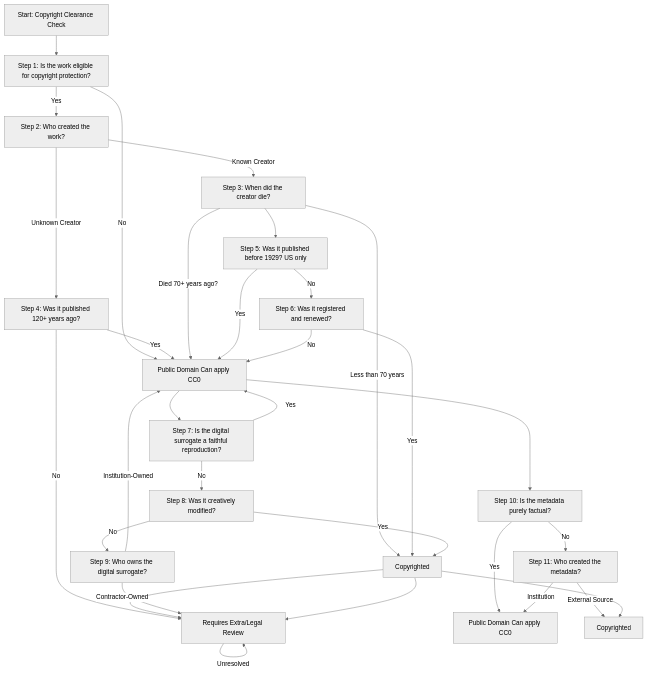
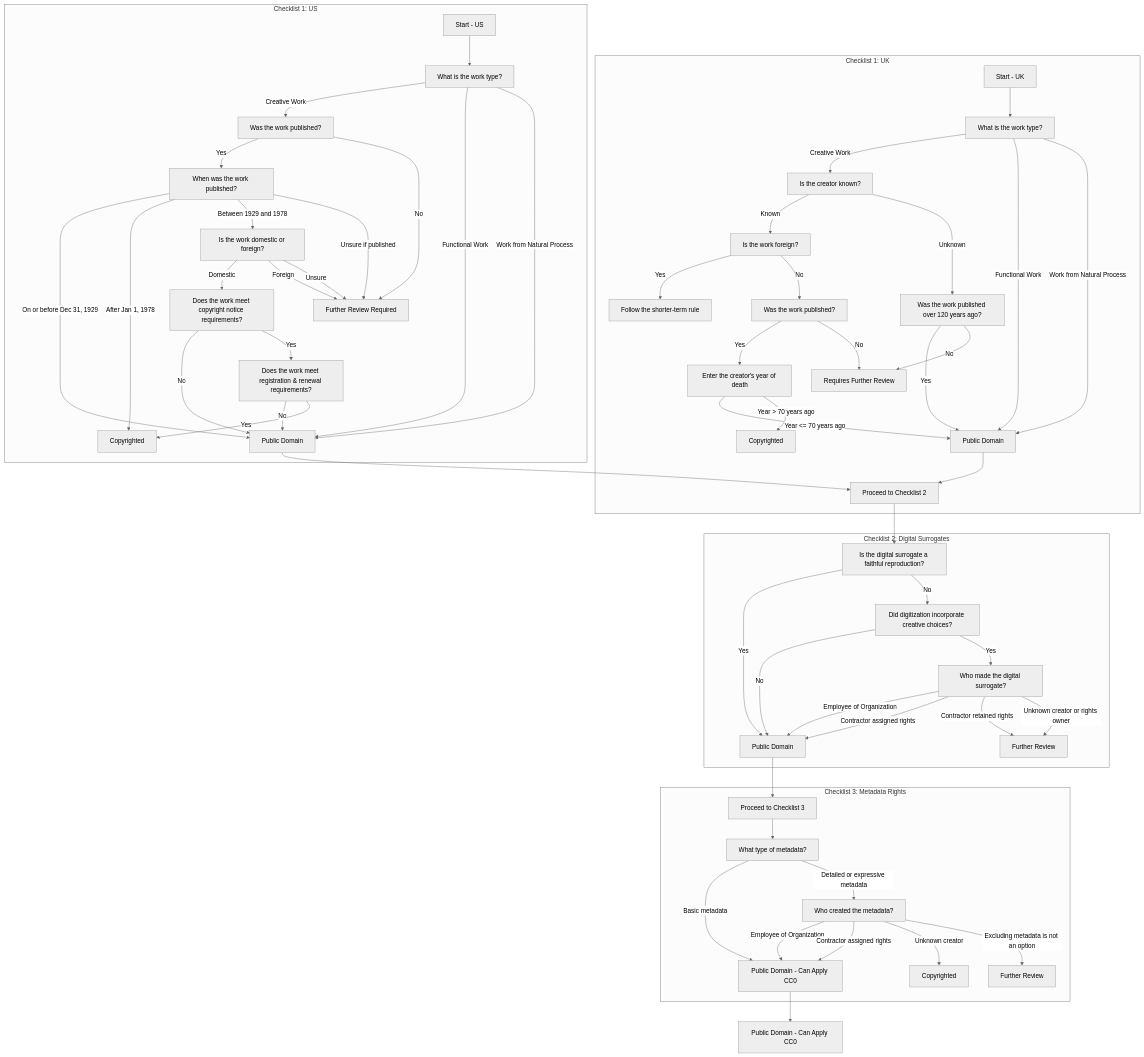
The diagram in glamLabChart.md (AlDanah-QM/copyrightTool), drawn with Mermaid (neutral theme) before and after one commit.

````diff
--- a/glamLabChart.md
+++ b/glamLabChart.md
@@ -3,49 +3,88 @@
 ```mermaid
 graph TD;
-    A[Start: Copyright Clearance Check] --> B[Step 1: Is the work eligible for copyright protection?]
-    B -->|No| PD[Public Domain Can apply CC0]
-    B -->|Yes| C[Step 2: Who created the work?]
 
-    C -->|Known Creator| D[Step 3: When did the creator die?]
-    C -->|Unknown Creator| E[Step 4: Was it published 120+ years ago?]
-    
-    E -->|Yes| PD
-    E -->|No| LegalReview[Requires Extra/Legal Review]
+    %% UK Checklist 1
+    subgraph Checklist 1: UK
+        A_UK[Start - UK] --> B_UK[What is the work type?]
+        B_UK -->|Creative Work| C_UK[Is the creator known?]
+        B_UK -->|Functional Work| PD1_UK[Public Domain]
+        B_UK -->|Work from Natural Process| PD1_UK
 
-    D -->|Died 70+ years ago?| PD
-    D -->|Less than 70 years| CR[Copyrighted]
+        C_UK -->|Known| D_UK[Is the work foreign?]
+        C_UK -->|Unknown| E_UK[Was the work published over 120 years ago?]
 
-    D --> F[Step 5: Was it published before 1929? US only]
-    F -->|Yes| PD
-    F -->|No| G[Step 6: Was it registered and renewed?]
-    
-    G -->|No| PD
-    G -->|Yes| CR
+        D_UK -->|Yes| F_UK[Follow the shorter-term rule]
+        D_UK -->|No| G_UK[Was the work published?]
 
-    %% Digital Surrogate Check
-    PD --> H[Step 7: Is the digital surrogate a faithful reproduction?]
-    CR --> LegalReview
+        E_UK -->|Yes| PD1_UK
+        E_UK -->|No| HR1_UK[Requires Further Review]
 
-    H -->|Yes| PD
-    H -->|No| I[Step 8: Was it creatively modified?]
+        G_UK -->|Yes| H_UK[Enter the creator's year of death]
+        G_UK -->|No| HR1_UK
 
-    I -->|Yes| CR
-    I -->|No| J[Step 9: Who owns the digital surrogate?]
+        H_UK -->|Year <= 70 years ago| PD1_UK
+        H_UK -->|Year > 70 years ago| CR1_UK[Copyrighted]
 
-    J -->|Institution-Owned| PD
-    J -->|Contractor-Owned| LegalReview
+        %% Checklist 1 Results (UK)
+        PD1_UK --> PD_C1[Proceed to Checklist 2]
+    end
 
-    %% Metadata Check
-    PD --> K[Step 10: Is the metadata purely factual?]
-    CR --> LegalReview
+    %% US Checklist 1
+    subgraph Checklist 1: US
+        A_US[Start - US] --> B_US[What is the work type?]
+        B_US -->|Creative Work| C_US[Was the work published?]
+        B_US -->|Functional Work| PD1_US[Public Domain]
+        B_US -->|Work from Natural Process| PD1_US
 
-    K -->|Yes| PD_Final[Public Domain Can apply CC0]
-    K -->|No| M[Step 11: Who created the metadata?]
+        C_US -->|Yes| D_US[When was the work published?]
+        C_US -->|No| HR1_US[Further Review Required]
 
-    M -->|Institution| PD_Final
-    M -->|External Source| CR_Final[Copyrighted]
+        D_US -->|"On or before Dec 31, 1929"| PD1_US
+        D_US -->|"After Jan 1, 1978"| CR1_US[Copyrighted]
+        D_US -->|"Between 1929 and 1978"| E_US[Is the work domestic or foreign?]
+        D_US -->|"Unsure if published"| HR1_US
 
-    %% Final Decisions
-    LegalReview -->|Unresolved| LegalReview
-    CR --> CR_Final
+        E_US -->|Domestic| F_US[Does the work meet copyright notice requirements?]
+        E_US -->|Foreign| HR1_US
+        E_US -->|Unsure| HR1_US
+
+        F_US -->|No| PD1_US
+        F_US -->|Yes| G_US[Does the work meet registration & renewal requirements?]
+
+        G_US -->|No| PD1_US
+        G_US -->|Yes| CR1_US
+
+        %% Checklist 1 Results (US)
+        PD1_US --> PD_C1
+    end
+
+    %% Checklist 2: Digital Surrogates (Shared)
+    subgraph Checklist 2: Digital Surrogates
+        PD_C1 --> DS1[Is the digital surrogate a faithful reproduction?]
+        DS1 -->|Yes| PD2[Public Domain]
+        DS1 -->|No| DS2[Did digitization incorporate creative choices?]
+        DS2 -->|No| PD2
+        DS2 -->|Yes| DS3[Who made the digital surrogate?]
+        DS3 -->|Employee of Organization| PD2
+        DS3 -->|Contractor assigned rights| PD2
+        DS3 -->|Contractor retained rights| HR2[Further Review]
+        DS3 -->|Unknown creator or rights owner| HR2
+    end
+
+    %% Checklist 2 Results
+    PD2 --> PD_C2[Proceed to Checklist 3]
+
+    %% Checklist 3: Metadata Rights (Shared)
+    subgraph Checklist 3: Metadata Rights
+        PD_C2 --> M1[What type of metadata?]
+        M1 -->|Basic metadata| PD3[Public Domain - Can Apply CC0]
+        M1 -->|Detailed or expressive metadata| M2[Who created the metadata?]
+        M2 -->|Employee of Organization| PD3
+        M2 -->|Contractor assigned rights| PD3
+        M2 -->|Unknown creator| CR3[Copyrighted]
+        M2 -->|Excluding metadata is not an option| HR3[Further Review]
+    end
+
+    %% Checklist 3 Results
+    PD3 --> PD_Final[Public Domain - Can Apply CC0]
 ```
````
